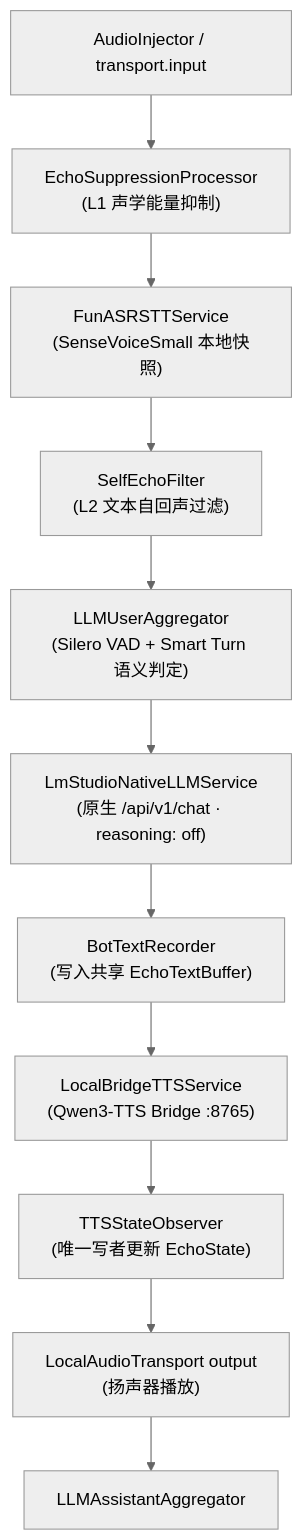
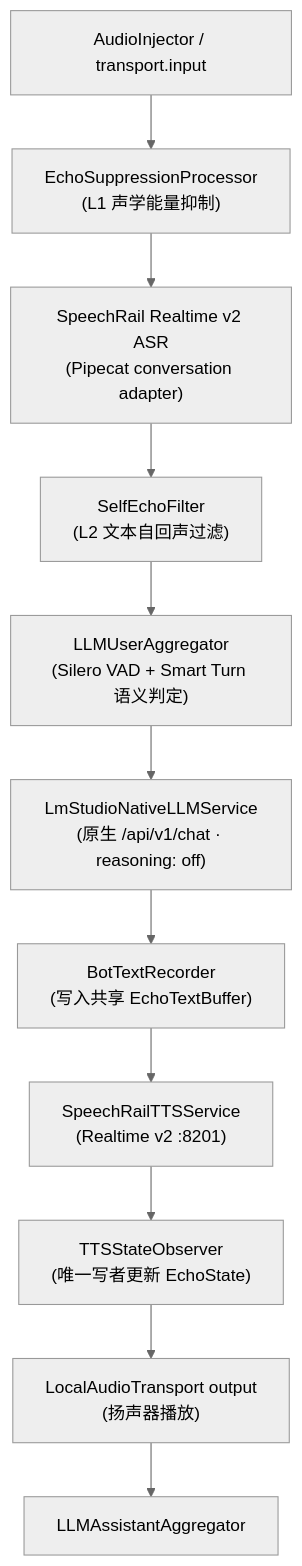
The fifth of 13 diagrams in docs/architecture/系统总体架构与详细设计方案.md (hrygo/voice-realtime), drawn with Mermaid (neutral theme) before and after one commit. The commit also changed other lines of this file and 38 other files, not shown here.

Commit message:
refactor(tts): remove legacy bridge runtime

````diff
--- a/docs/architecture/系统总体架构与详细设计方案.md
+++ b/docs/architecture/系统总体架构与详细设计方案.md
@@ -398,13 +392,13 @@
 ```mermaid
 flowchart TD
     INPUT["AudioInjector / transport.input"] --> L1_ECHO["EchoSuppressionProcessor<br/>(L1 声学能量抑制)"]
-    L1_ECHO --> STT["FunASRSTTService<br/>(SenseVoiceSmall 本地快照)"]
+    L1_ECHO --> STT["SpeechRail Realtime v2 ASR<br/>(Pipecat conversation adapter)"]
     STT --> L2_ECHO["SelfEchoFilter<br/>(L2 文本自回声过滤)"]
     L2_ECHO --> AGG_USER["LLMUserAggregator<br/>(Silero VAD + Smart Turn 语义判定)"]
     AGG_USER --> LLM["LmStudioNativeLLMService<br/>(原生 /api/v1/chat · reasoning: off)"]
     LLM --> REC["BotTextRecorder<br/>(写入共享 EchoTextBuffer)"]
-    REC --> TTS["LocalBridgeTTSService<br/>(Qwen3-TTS Bridge :8765)"]
+    REC --> TTS["SpeechRailTTSService<br/>(Realtime v2 :8201)"]
     TTS --> OBS["TTSStateObserver<br/>(唯一写者更新 EchoState)"]
     OBS --> OUTPUT["LocalAudioTransport output<br/>(扬声器播放)"]
     OUTPUT --> AGG_ASST["LLMAssistantAggregator"]
 ```
````
